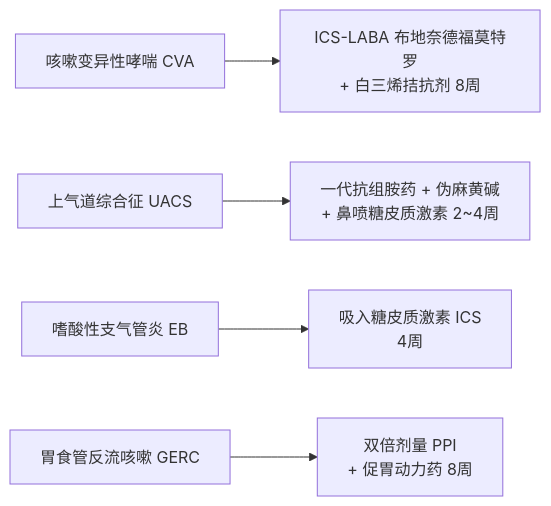
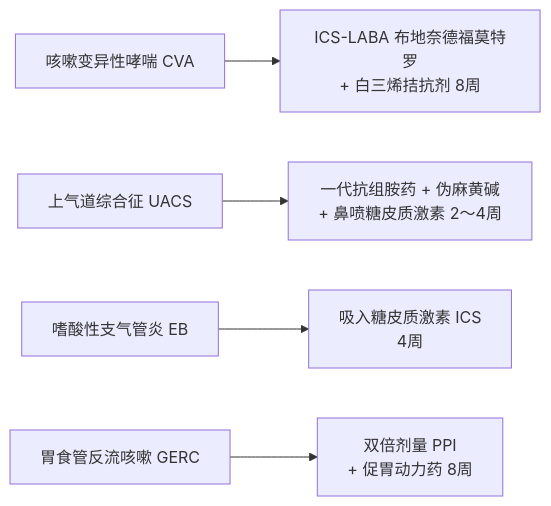
The diagram in wiki/entities/diseases/慢性咳嗽.md (yangli216/medical-llm-wiki), drawn with Mermaid before and after one commit. The commit also changed other lines of this file and 316 other files, not shown here.

````diff
--- a/wiki/entities/diseases/慢性咳嗽.md
+++ b/wiki/entities/diseases/慢性咳嗽.md
@@ -39,7 +39,7 @@
 ```mermaid
 graph LR
     CVA[咳嗽变异性哮喘 CVA] --> Med1[ICS-LABA 布地奈德福莫特罗\n+ 白三烯拮抗剂 8周]
-    UACS[上气道综合征 UACS] --> Med2[一代抗组胺药 + 伪麻黄碱\n+ 鼻喷糖皮质激素 2~4周]
+    UACS[上气道综合征 UACS] --> Med2[一代抗组胺药 + 伪麻黄碱\n+ 鼻喷糖皮质激素 2～4周]
     EB[嗜酸性支气管炎 EB] --> Med3[吸入糖皮质激素 ICS\n4周]
     GERC[胃食管反流咳嗽 GERC] --> Med4[双倍剂量 PPI\n+ 促胃动力药 8周]
 ```
````
